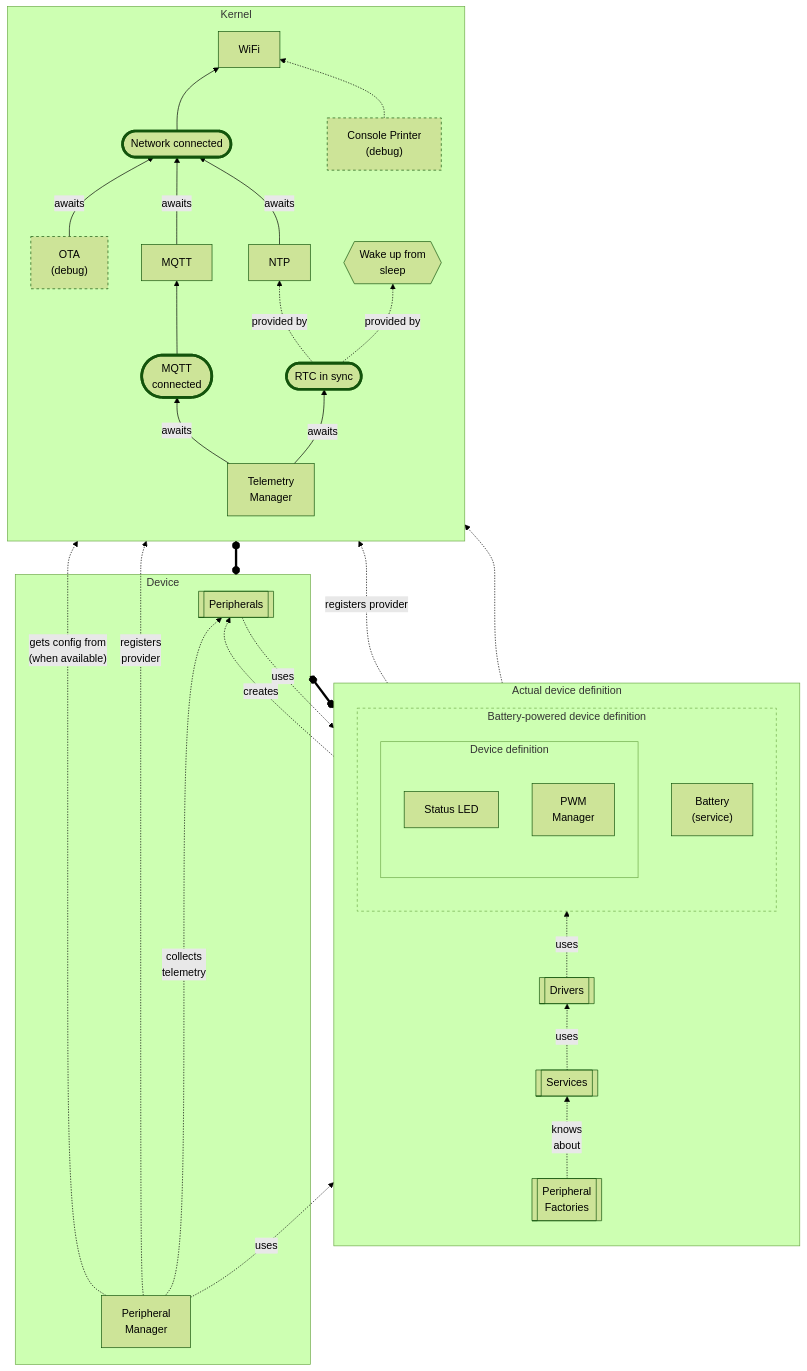
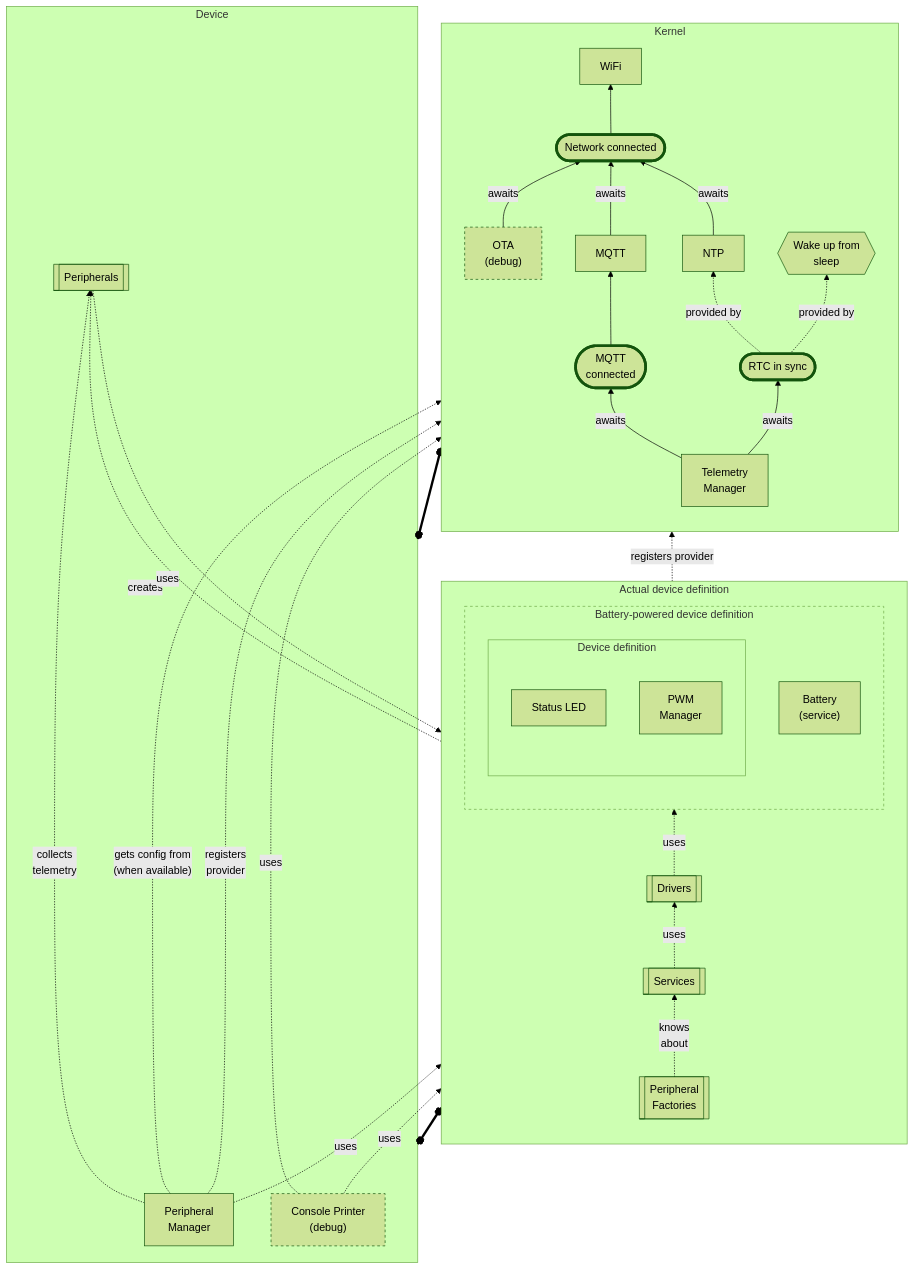
One commit to kivancsikert/ugly-duckling changed the diagram in Architecture.md. Above: the diagram before and after it, drawn with Mermaid (forest theme). The commit also changed 2 other files, not shown here.

Commit message:
Move ConsolePrinter back to Device

```diff
--- a/Architecture.md
+++ b/Architecture.md
@@ -7,8 +7,6 @@
 
         OTA["OTA\n(debug)"]
             style OTA stroke-dasharray: 4
-        ConsolePrinter["Console Printer\n(debug)"]
-            style ConsolePrinter stroke-dasharray: 4
 
         WiFi
         NetworkConnected(["Network connected"])
@@ -30,8 +28,6 @@
         RTCInSync -.->|provided by| PreBoot{{"Wake up from\nsleep"}}
         TelemetryManager -->|awaits| MQTTConnected
         TelemetryManager -->|awaits| RTCInSync
-
-        ConsolePrinter -.-> WiFi
     end
 
     subgraph ActualDeviceDefinition["Actual device definition"]
@@ -54,8 +50,6 @@
             Battery -.->|registers provider| TelemetryManager
         end
 
-        Battery -.-> ConsolePrinter
-
         Drivers[["Drivers"]]
         Services[["Services"]]
         PeripheralFactories[["Peripheral\nFactories"]]
@@ -66,6 +60,9 @@
     Drivers -.->|uses| PwmManager
 
     subgraph Device["Device"]
+        ConsolePrinter["Console Printer\n(debug)"]
+            style ConsolePrinter stroke-dasharray: 4
+
         Peripherals[["Peripherals"]]
         PeripheralManager["Peripheral\nManager"]
     end
@@ -81,6 +78,9 @@
 
     Peripherals -.->|uses| Services
 
+    ConsolePrinter -.->|uses| WiFi
+    ConsolePrinter -.->|uses| Battery
+
     Device o==o Kernel
     Device o==o ActualDeviceDefinition
 
```
